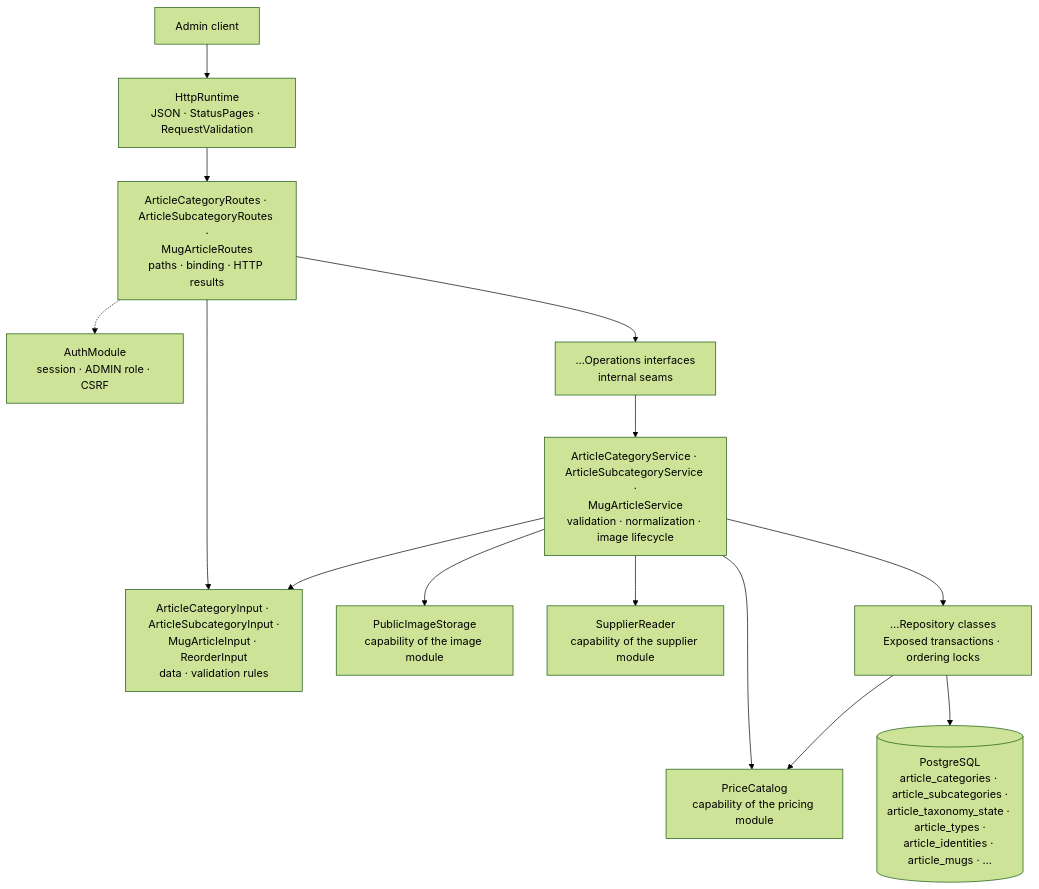
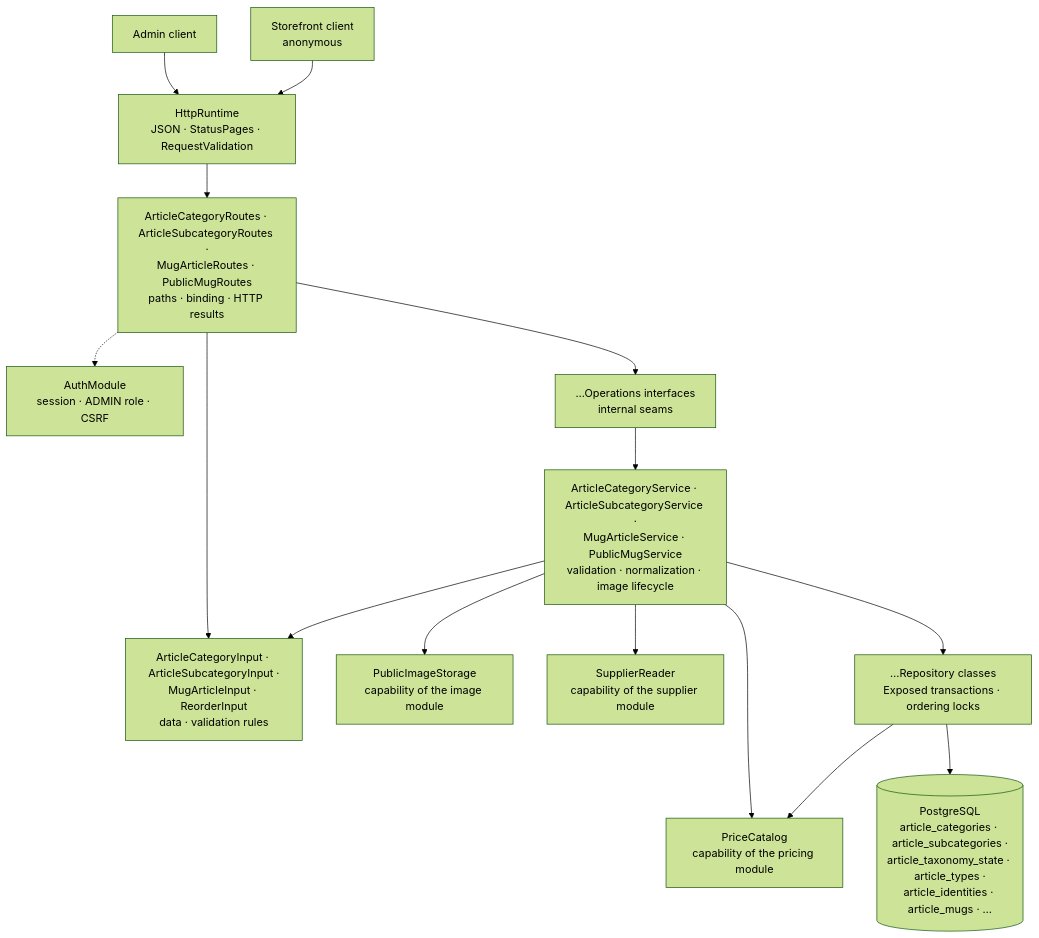
Before and after one commit to bitstorm-tech/voenix-shop-kotlin: the diagram in docs/dev/backend/article-package.md, drawn with Mermaid (forest theme). The commit also changed other lines of this file and 21 other files, not shown here.

Commit message:
Article migration T8: public storefront endpoints (#21)

````diff
--- a/docs/dev/backend/article-package.md
+++ b/docs/dev/backend/article-package.md
@@ -39,28 +47,30 @@
 ```mermaid
 flowchart TB
     Client["Admin client"]
+    Shop["Storefront client<br/>anonymous"]
     Http["HttpRuntime<br/>JSON · StatusPages · RequestValidation"]
     Auth["AuthModule<br/>session · ADMIN role · CSRF"]
-    Routes["ArticleCategoryRoutes · ArticleSubcategoryRoutes ·<br/>MugArticleRoutes<br/>paths · binding · HTTP results"]
+    Routes["ArticleCategoryRoutes · ArticleSubcategoryRoutes ·<br/>MugArticleRoutes · PublicMugRoutes<br/>paths · binding · HTTP results"]
     Input["ArticleCategoryInput · ArticleSubcategoryInput ·<br/>MugArticleInput · ReorderInput<br/>data · validation rules"]
     Operations["…Operations interfaces<br/>internal seams"]
-    Service["ArticleCategoryService · ArticleSubcategoryService ·<br/>MugArticleService<br/>validation · normalization · image lifecycle"]
+    Service["ArticleCategoryService · ArticleSubcategoryService ·<br/>MugArticleService · PublicMugService<br/>validation · normalization · image lifecycle"]
     Images["PublicImageStorage<br/>capability of the image module"]
     Prices["PriceCatalog<br/>capability of the pricing module"]
     Suppliers["SupplierReader<br/>capability of the supplier module"]
     Repository["…Repository classes<br/>Exposed transactions · ordering locks"]
     Database[("PostgreSQL<br/>article_categories · article_subcategories ·<br/>article_taxonomy_state · article_types ·<br/>article_identities · article_mugs · …")]
 
     Client --> Http --> Routes
+    Shop --> Http
     Routes -.-> Auth
     Routes --> Input
     Routes --> Operations
     Operations --> Service
     Service --> Input
     Service --> Images
     Service --> Prices
     Service --> Suppliers
     Service --> Repository
     Repository --> Prices
     Repository --> Database
 ```
````
